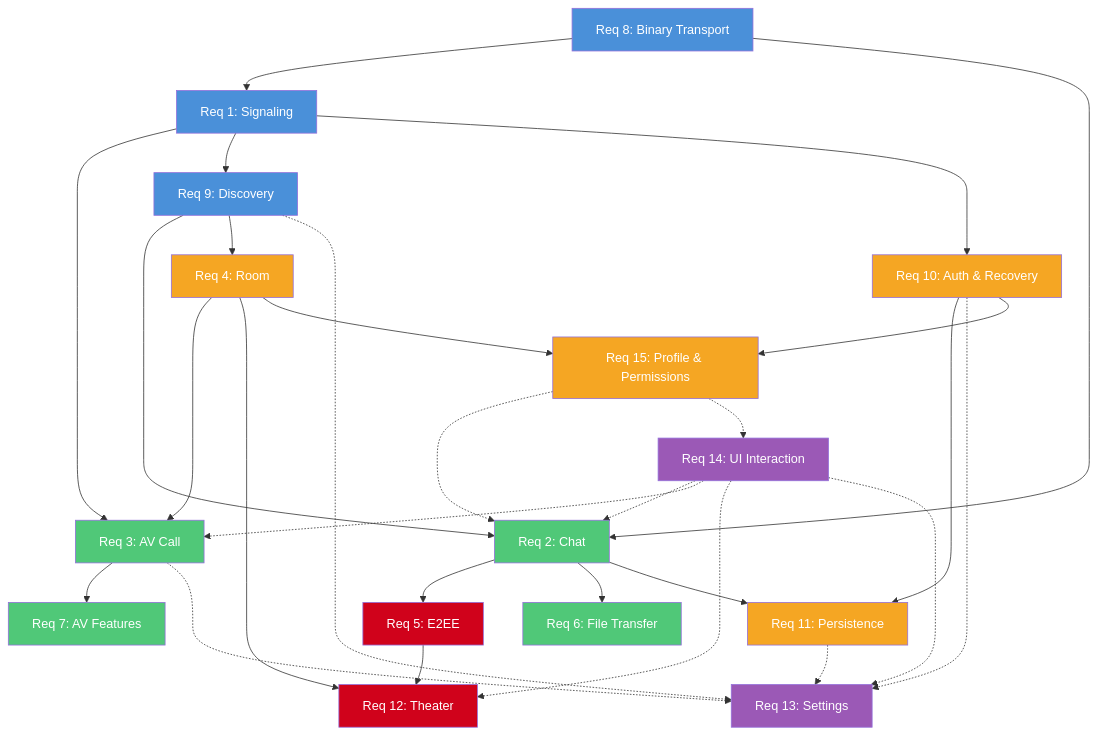
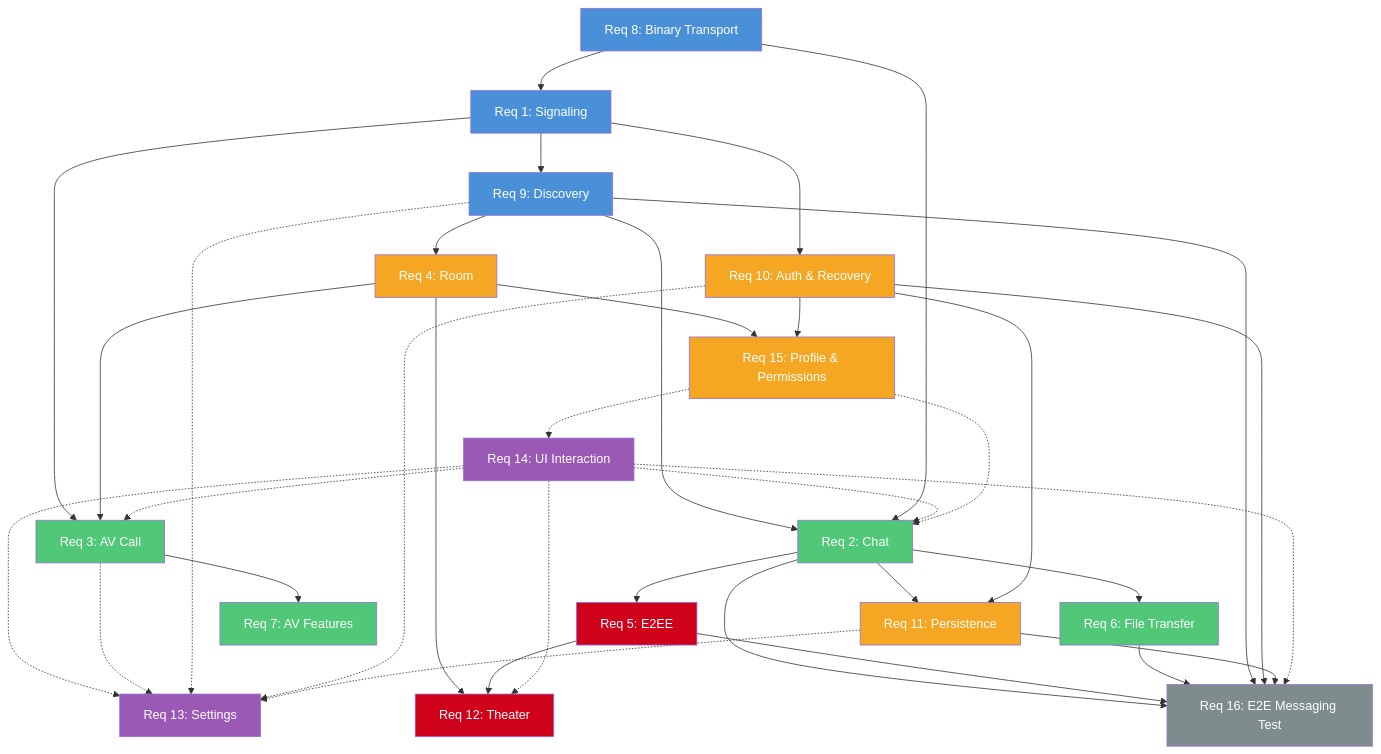
One commit to lf-wxp/chat changed the diagram in .codebuddy/plan/webrtc-chat-app/requirements.md. Above: the diagram before and after it, drawn with Mermaid. The commit also changed other lines of this file and 36 other files, not shown here.

````diff
--- a/.codebuddy/plan/webrtc-chat-app/requirements.md
+++ b/.codebuddy/plan/webrtc-chat-app/requirements.md
@@ -85,46 +86,54 @@
 ```mermaid
 graph TD
     R1["Req 1: Signaling"] --> R3["Req 3: AV Call"]
     R1 --> R9["Req 9: Discovery"]
     R1 --> R10["Req 10: Auth & Recovery"]
     R9 --> R2["Req 2: Chat"]
     R9 --> R4["Req 4: Room"]
     R2 --> R5["Req 5: E2EE"]
     R2 --> R6["Req 6: File Transfer"]
     R2 --> R11["Req 11: Persistence"]
     R3 --> R7["Req 7: AV Features"]
     R4 --> R3
     R4 --> R12["Req 12: Theater"]
     R5 --> R12
     R8["Req 8: Binary Transport"] --> R1
     R8 --> R2
     R14["Req 14: UI Interaction"] -.-> R2
     R14 -.-> R3
     R14 -.-> R12
     R10 --> R11
     R14 -.-> R13["Req 13: Settings"]
     R3 -.-> R13
     R9 -.-> R13
     R10 -.-> R13
     R11 -.-> R13
     R4 --> R15["Req 15: Profile & Permissions"]
     R10 --> R15
     R15 -.-> R2
     R15 -.-> R14
+    R2 --> R16["Req 16: E2E Messaging Test"]
+    R5 --> R16
+    R6 --> R16
+    R9 --> R16
+    R10 --> R16
+    R11 --> R16
+    R14 -.-> R16
 
     style R1 fill:#4A90D9,color:#fff
     style R8 fill:#4A90D9,color:#fff
     style R2 fill:#50C878,color:#fff
     style R3 fill:#50C878,color:#fff
     style R4 fill:#F5A623,color:#fff
     style R5 fill:#D0021B,color:#fff
     style R6 fill:#50C878,color:#fff
     style R7 fill:#50C878,color:#fff
     style R9 fill:#4A90D9,color:#fff
     style R10 fill:#F5A623,color:#fff
     style R11 fill:#F5A623,color:#fff
     style R12 fill:#D0021B,color:#fff
     style R13 fill:#9B59B6,color:#fff
     style R14 fill:#9B59B6,color:#fff
     style R15 fill:#F5A623,color:#fff
+    style R16 fill:#7F8C8D,color:#fff
 ```
````
